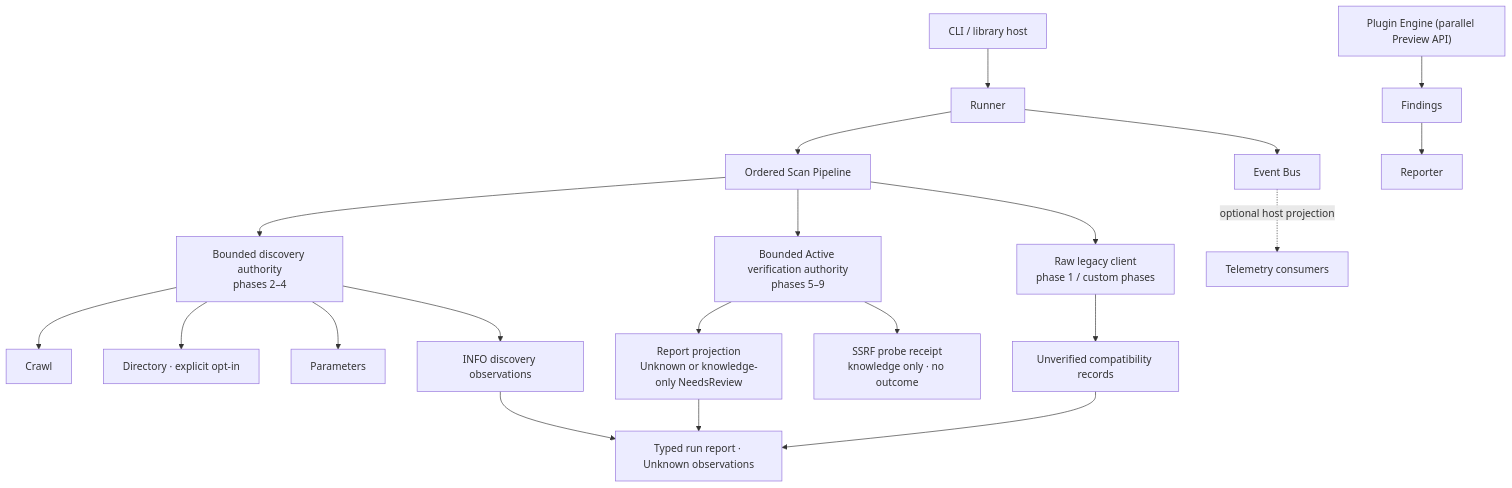
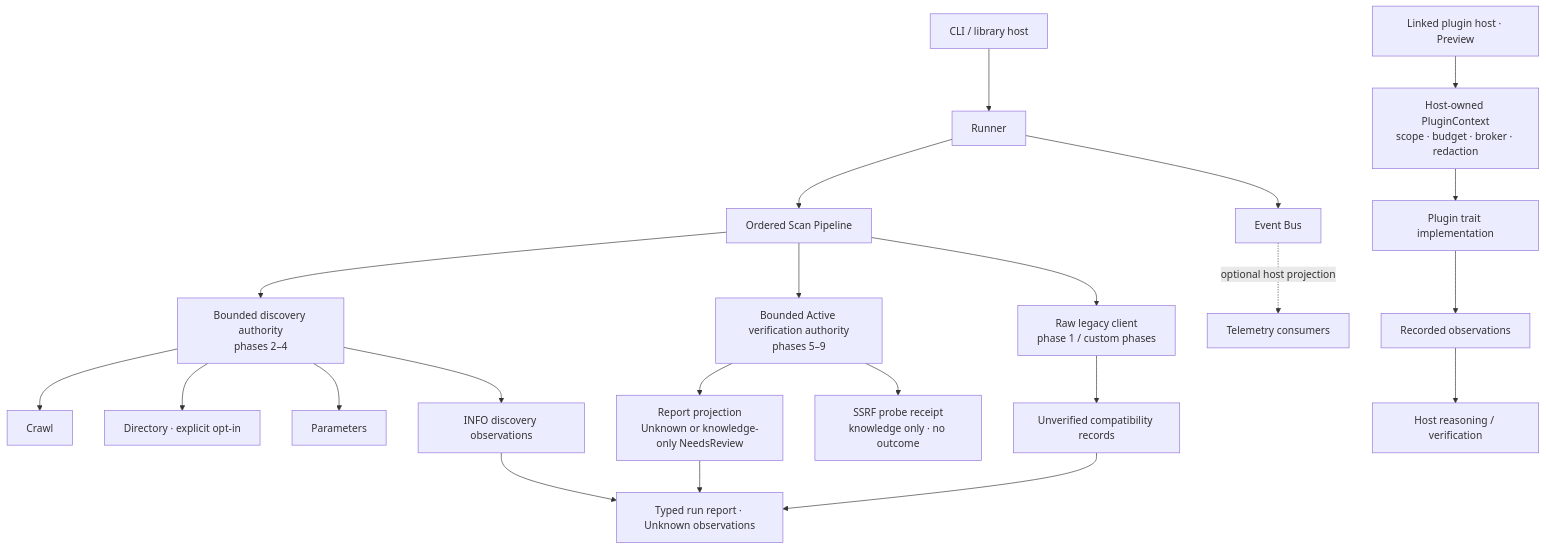
The second of 4 diagrams in docs/architecture.md (ITherso/termivar), drawn with Mermaid before and after one commit. The commit also changed other lines of this file and 49 other files, not shown here.

````diff
--- a/docs/architecture.md
+++ b/docs/architecture.md
@@ -45,22 +45,24 @@
 ```mermaid
 flowchart TD
     Host["CLI / library host"] --> Runner
     Runner --> Pipeline["Ordered Scan Pipeline"]
     Pipeline --> Discovery["Bounded discovery authority<br/>phases 2–4"]
     Discovery --> Crawl
     Discovery --> Directory["Directory · explicit opt-in"]
     Discovery --> Parameters
     Pipeline --> Verification["Bounded Active verification authority<br/>phases 5–9"]
     Pipeline --> RawLegacy["Raw legacy client<br/>phase 1 / custom phases"]
     Discovery --> DiscoveryRecords["INFO discovery observations"]
     Verification --> ReviewRecords["Report projection<br/>Unknown or knowledge-only NeedsReview"]
     Verification --> KnowledgeReceipt["SSRF probe receipt<br/>knowledge only · no outcome"]
     RawLegacy --> LegacyRecords["Unverified compatibility records"]
     DiscoveryRecords --> RunReport["Typed run report · Unknown observations"]
     ReviewRecords --> RunReport
     LegacyRecords --> RunReport
-    PluginEngine["Plugin Engine (parallel Preview API)"] --> Findings
+    PluginHost["Linked plugin host · Preview"] --> PluginContext["Host-owned PluginContext<br/>scope · budget · broker · redaction"]
+    PluginContext --> PluginCode["Plugin trait implementation"]
+    PluginCode --> PluginEvidence["Recorded observations"]
+    PluginEvidence --> HostVerification["Host reasoning / verification"]
     Runner --> Events["Event Bus"]
-    Findings --> Reporter
     Events -. "optional host projection" .-> Observers["Telemetry consumers"]
 ```
````
